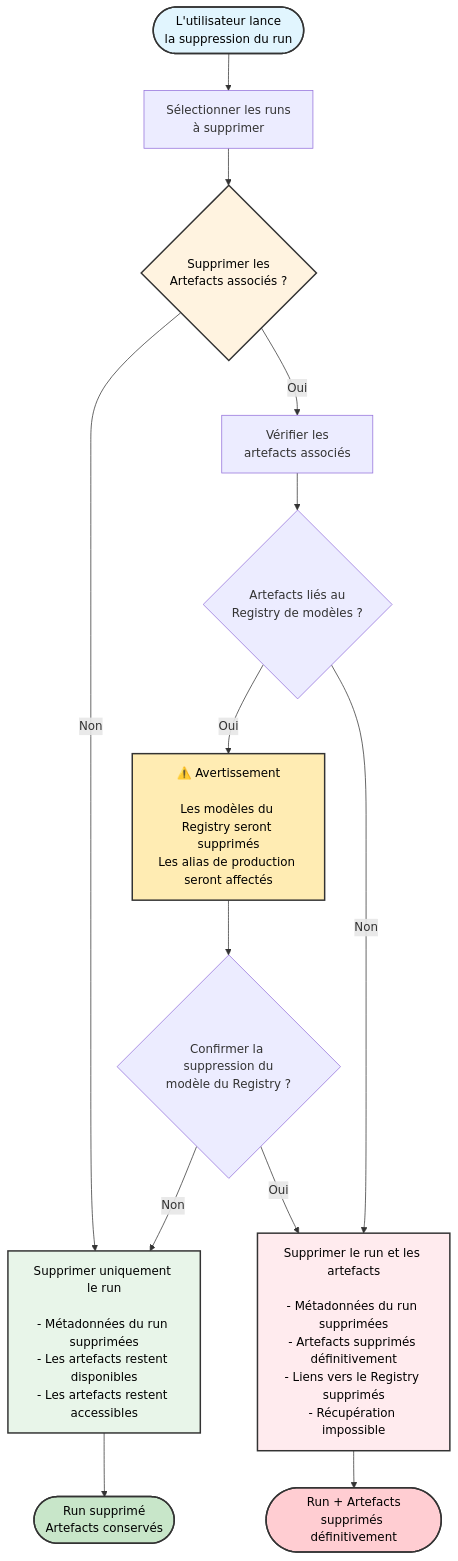
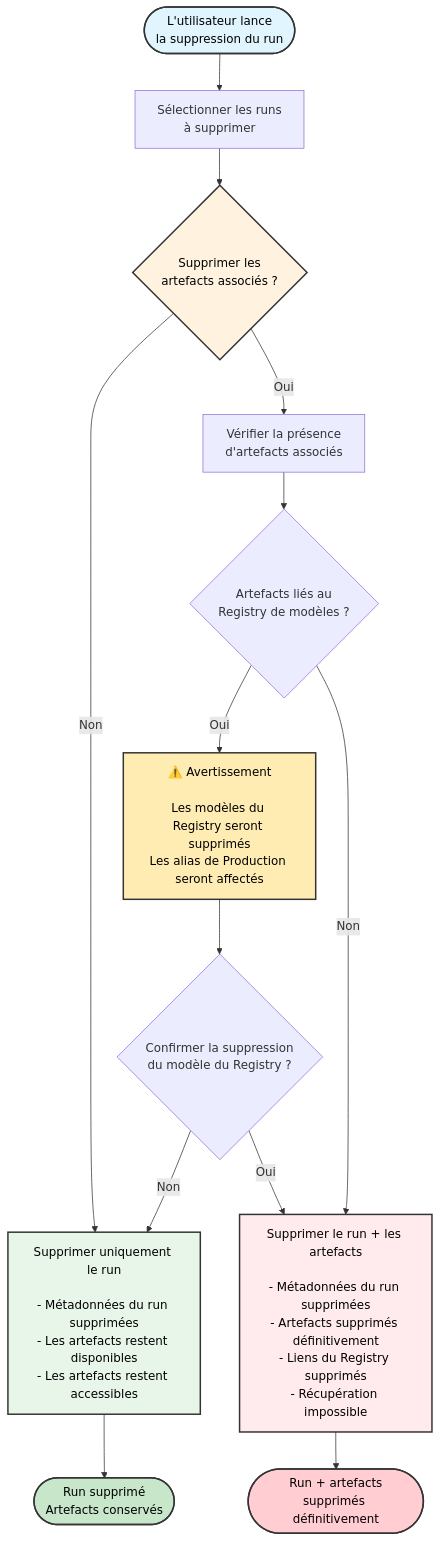
One commit to wandb/docs changed the diagram in fr/models/runs/delete-runs.mdx. Above: the diagram before and after it, drawn with Mermaid. The commit also changed other lines of this file and 149 other files, not shown here.

````diff
--- a/fr/models/runs/delete-runs.mdx
+++ b/fr/models/runs/delete-runs.mdx
@@ -57,22 +57,22 @@
 ```mermaid
 graph TB
     Start([L'utilisateur lance<br/>la suppression du run]) --> RunSelect[Sélectionner les runs<br/>à supprimer]
-    RunSelect --> DeletePrompt{Supprimer les<br/>Artefacts associés ?}
+    RunSelect --> DeletePrompt{Supprimer les<br/>artefacts associés ?}
     DeletePrompt -->|Non| DeleteRunOnly[Supprimer uniquement le run<br/><br/>- Métadonnées du run supprimées<br/>- Les artefacts restent disponibles<br/>- Les artefacts restent accessibles]
-    DeletePrompt -->|Oui| CheckArtifacts[Vérifier les<br/>artefacts associés]
+    DeletePrompt -->|Oui| CheckArtifacts[Vérifier la présence<br/>d'artefacts associés]
     CheckArtifacts --> HasRegistry{Artefacts liés au<br/>Registry de modèles ?}
-    HasRegistry -->|Oui| RegistryWarning[⚠️ Avertissement<br/><br/>Les modèles du Registry seront supprimés<br/>Les alias de production seront affectés]
+    HasRegistry -->|Oui| RegistryWarning[⚠️ Avertissement<br/><br/>Les modèles du Registry seront supprimés<br/>Les alias de Production seront affectés]
     HasRegistry -->|Non| DirectDelete
-    RegistryWarning --> ConfirmRegistry{Confirmer la suppression du<br/>modèle du Registry ?}
+    RegistryWarning --> ConfirmRegistry{Confirmer la suppression<br/>du modèle du Registry ?}
     ConfirmRegistry -->|Non| DeleteRunOnly
-    ConfirmRegistry -->|Oui| DirectDelete[Supprimer le run et les artefacts<br/><br/>- Métadonnées du run supprimées<br/>- Artefacts supprimés définitivement<br/>- Liens vers le Registry supprimés<br/>- Récupération impossible]
+    ConfirmRegistry -->|Oui| DirectDelete[Supprimer le run + les artefacts<br/><br/>- Métadonnées du run supprimées<br/>- Artefacts supprimés définitivement<br/>- Liens du Registry supprimés<br/>- Récupération impossible]
     DeleteRunOnly --> PartialEnd([Run supprimé<br/>Artefacts conservés])
-    DirectDelete --> FullEnd([Run + Artefacts<br/>supprimés définitivement])
+    DirectDelete --> FullEnd([Run + artefacts<br/>supprimés définitivement])
     style Start fill:#e1f5fe,stroke:#333,stroke-width:2px,color:#000
     style DeletePrompt fill:#fff3e0,stroke:#333,stroke-width:2px,color:#000
     style RegistryWarning fill:#ffecb3,stroke:#333,stroke-width:2px,color:#000
     style DirectDelete fill:#ffebee,stroke:#333,stroke-width:2px,color:#000
     style DeleteRunOnly fill:#e8f5e9,stroke:#333,stroke-width:2px,color:#000
     style PartialEnd fill:#c8e6c9,stroke:#333,stroke-width:2px,color:#000
     style FullEnd fill:#ffcdd2,stroke:#333,stroke-width:2px,color:#000
 ```
````
